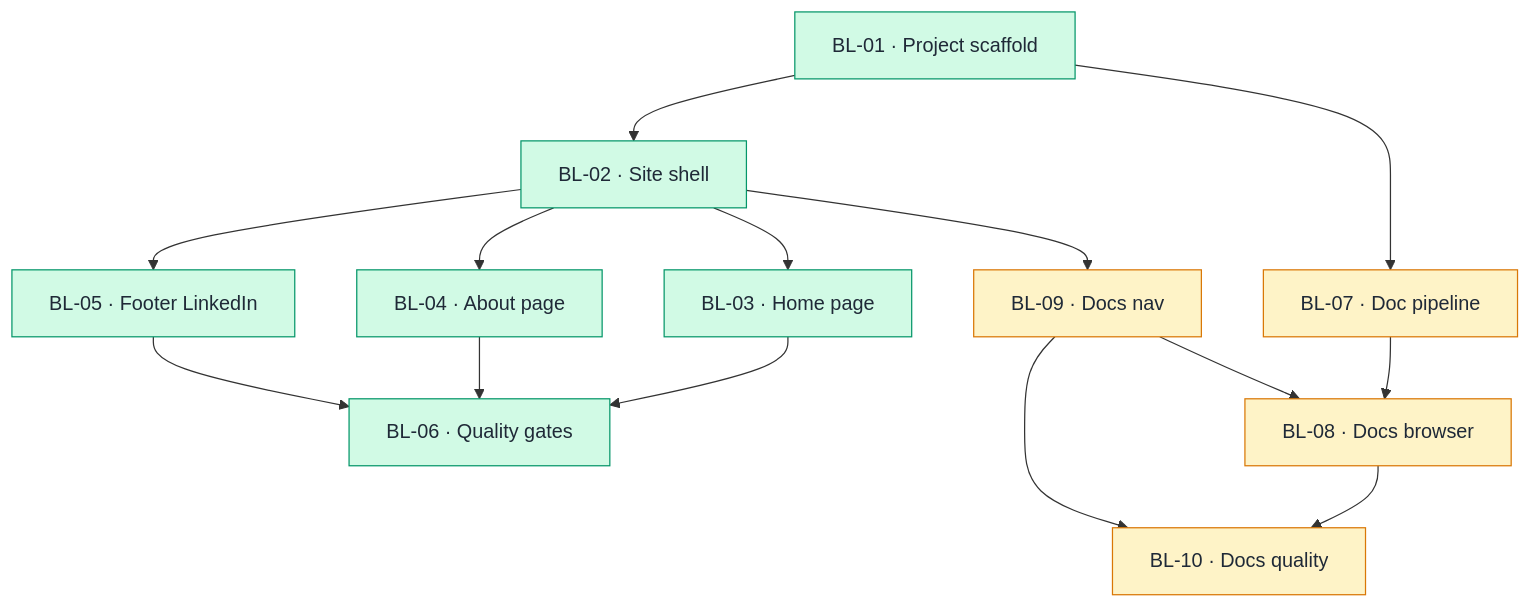
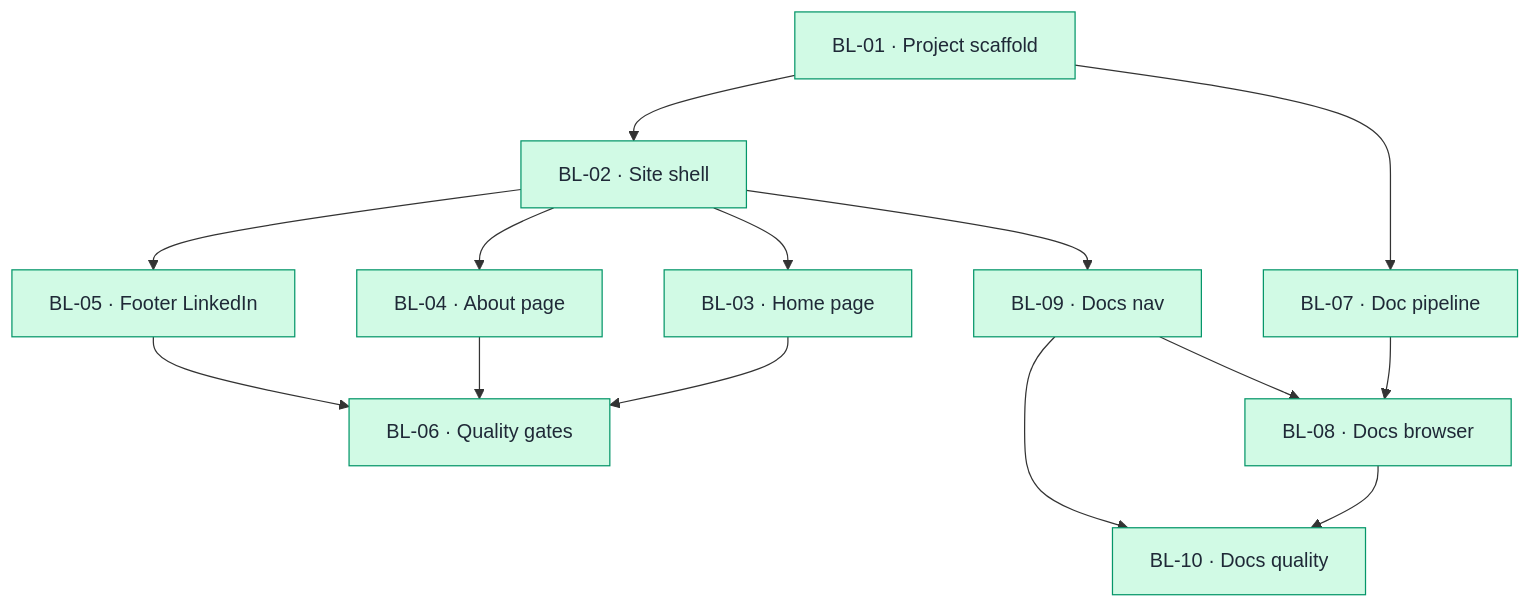
The diagram in 5-dev/backlog.md (mikeshoo35-a11y/website3), drawn with Mermaid before and after one commit. The commit also changed other lines of this file and 30 other files, not shown here.

````diff
--- a/5-dev/backlog.md
+++ b/5-dev/backlog.md
@@ -35,33 +35,32 @@
 ```mermaid
 flowchart TD
     BL01["BL-01 · Project scaffold"]
     BL02["BL-02 · Site shell"]
     BL03["BL-03 · Home page"]
     BL04["BL-04 · About page"]
     BL05["BL-05 · Footer LinkedIn"]
     BL06["BL-06 · Quality gates"]
     BL07["BL-07 · Doc pipeline"]
     BL08["BL-08 · Docs browser"]
     BL09["BL-09 · Docs nav"]
     BL10["BL-10 · Docs quality"]
     BL01 --> BL02
     BL02 --> BL03
     BL02 --> BL04
     BL02 --> BL05
     BL02 --> BL09
     BL01 --> BL07
     BL03 --> BL06
     BL04 --> BL06
     BL05 --> BL06
     BL07 --> BL08
     BL09 --> BL08
     BL08 --> BL10
     BL09 --> BL10
 
     classDef todo fill:#fef3c7,stroke:#d97706,color:#1f2937
     classDef inprogress fill:#dbeafe,stroke:#2563eb,color:#1f2937
     classDef done fill:#d1fae5,stroke:#059669,color:#1f2937
 
-    class BL01,BL02,BL03,BL04,BL05,BL06 done
-    class BL07,BL08,BL09,BL10 todo
+    class BL01,BL02,BL03,BL04,BL05,BL06,BL07,BL08,BL09,BL10 done
 ```
````
